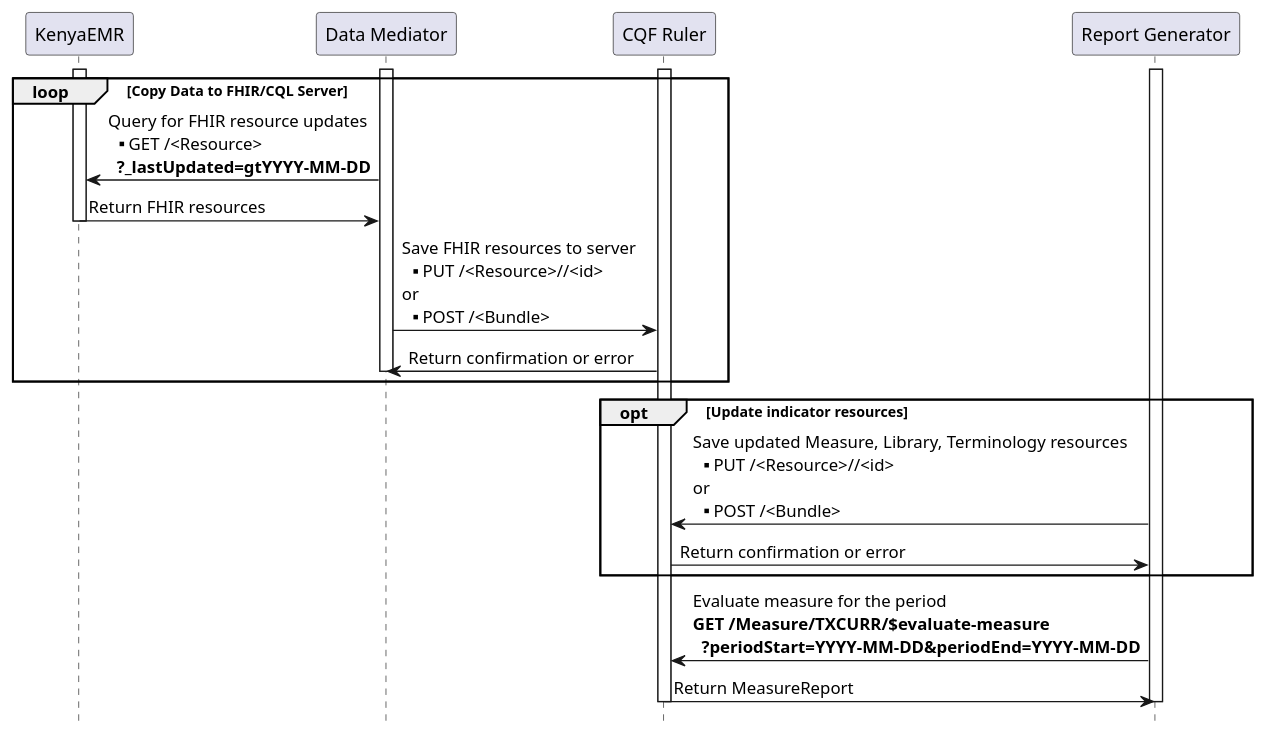
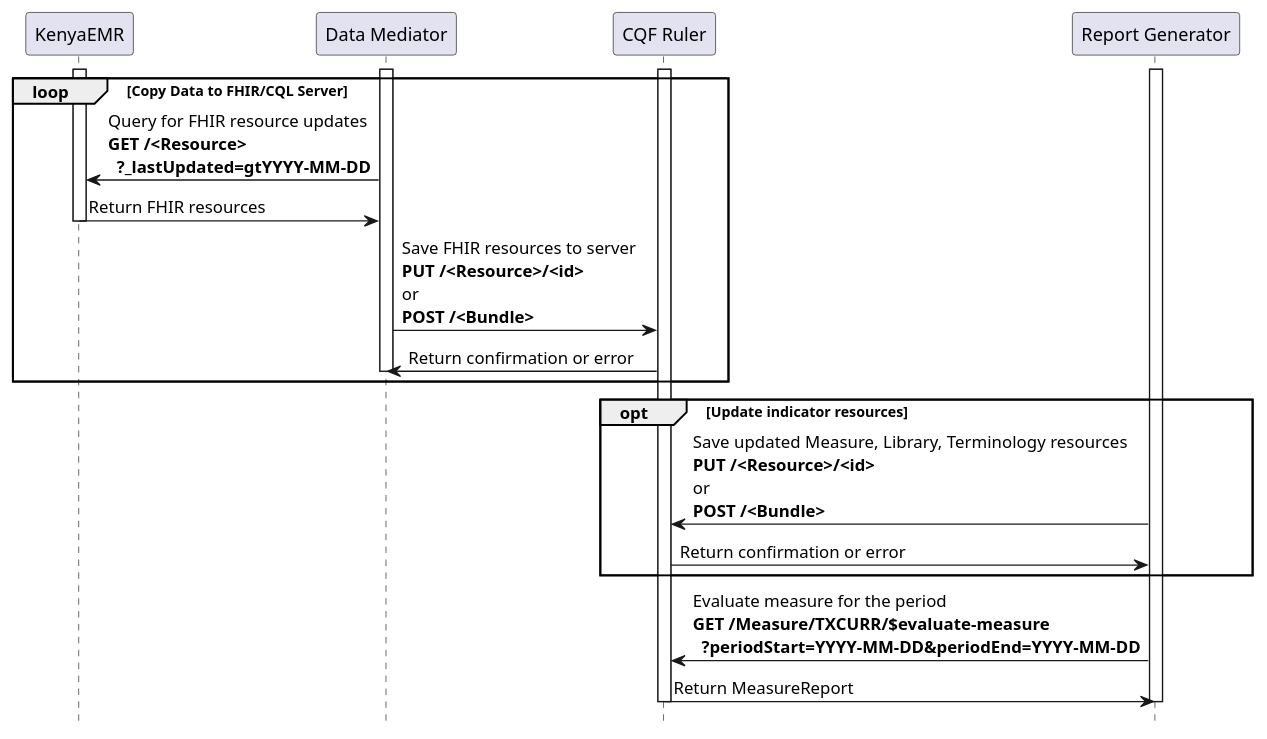
The diagram in input/images-source/simple-workflow.plantuml (costateixeira/MERindicators), drawn with PlantUML before and after one commit. The commit also changed 2 other files, not shown here.

```diff
--- a/input/images-source/simple-workflow.plantuml
+++ b/input/images-source/simple-workflow.plantuml
@@ -1,32 +1,32 @@
 @startuml
 skinparam svgDimensionStyle false
 hide footbox
 participant "KenyaEMR" as EMR
 participant "Data Mediator" as Data
 participant "CQF Ruler" as CQL
 participant "Report Generator" as Report 
 
 activate CQL
 loop Copy Data to FHIR/CQL Server
   activate Data
   activate EMR
-  Data -> EMR: Query for FHIR resource updates\n**GET /<Resource>\n  **?_lastUpdated=gtYYYY-MM-DD**
+  Data -> EMR: Query for FHIR resource updates\n**GET /<Resource>**\n  **?_lastUpdated=gtYYYY-MM-DD**
   EMR -> Data: Return FHIR resources
   deactivate EMR
-  Data -> CQL: Save FHIR resources to server\n**PUT /<Resource>//<id>\nor\n**POST /<Bundle>
+  Data -> CQL: Save FHIR resources to server\n**PUT /<Resource>/<id>**\nor\n**POST /<Bundle>**
   CQL -> Data: Return confirmation or error
   deactivate Data
 end
 
 activate Report
 opt Update indicator resources
-  Report -> CQL: Save updated Measure, Library, Terminology resources\n**PUT /<Resource>//<id>\nor\n**POST /<Bundle>
+  Report -> CQL: Save updated Measure, Library, Terminology resources\n**PUT /<Resource>/<id>**\nor\n**POST /<Bundle>**
   CQL -> Report: Return confirmation or error
 end
 
 Report -> CQL: Evaluate measure for the period\n**GET /Measure/TXCURR/$evaluate-measure**\n  **?periodStart=YYYY-MM-DD&periodEnd=YYYY-MM-DD**
 CQL -> Report: Return MeasureReport
 deactivate Report
 deactivate CQL
 
 @enduml
```
